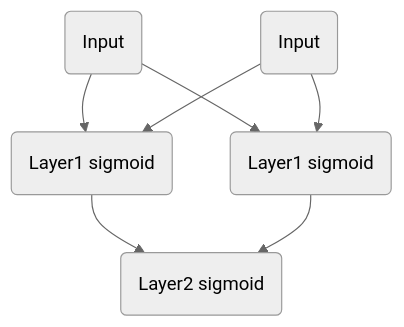
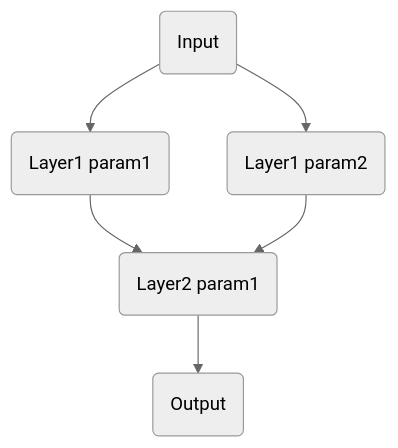
Before and after one commit to jiunbae/ITE4053: the diagram in README.md, drawn with Mermaid (neutral theme). The commit also changed other lines of this file and 8 other files, not shown here.

````diff
--- a/README.md
+++ b/README.md
@@ -61,9 +70,8 @@
 ```mermaid
 graph TD;
-	Input1(Input)-->Layer11(Layer1 sigmoid);
-	Input1(Input)-->Layer12(Layer1 sigmoid);
-	Input2(Input)-->Layer12(Layer1 sigmoid);
-	Input2(Input)-->Layer11(Layer1 sigmoid);
-	Layer12(Layer1 sigmoid)-->Layer2(Layer2 sigmoid);
-	Layer11(Layer1 sigmoid)-->Layer2(Layer2 sigmoid);
+	Input1(Input)-->Layer11(Layer1);
+	Input1(Input)-->Layer12(Layer1);
+	Layer12(Layer1 param1)-->Layer2(Layer2);
+	Layer11(Layer1 param2)-->Layer2(Layer2);
+	Layer2(Layer2 param1)-->Output(Output)
 ```
````
